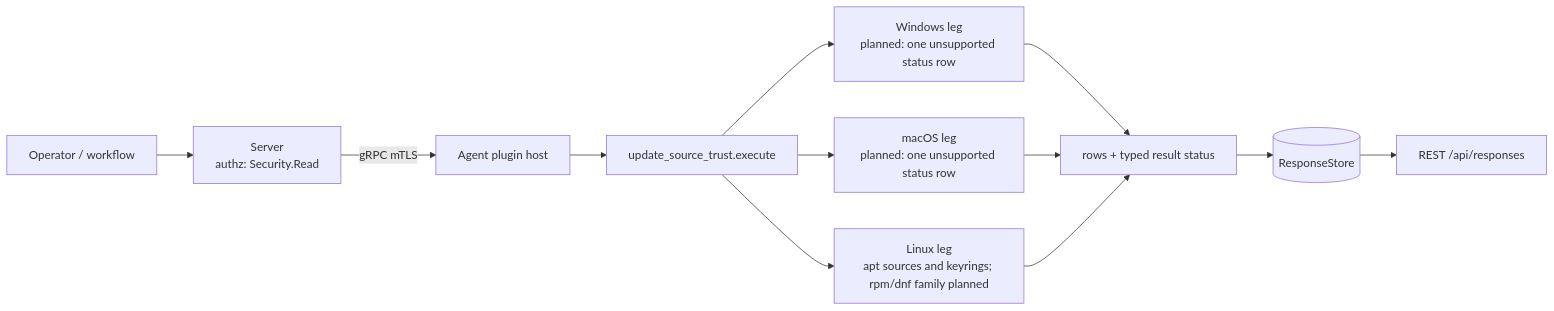
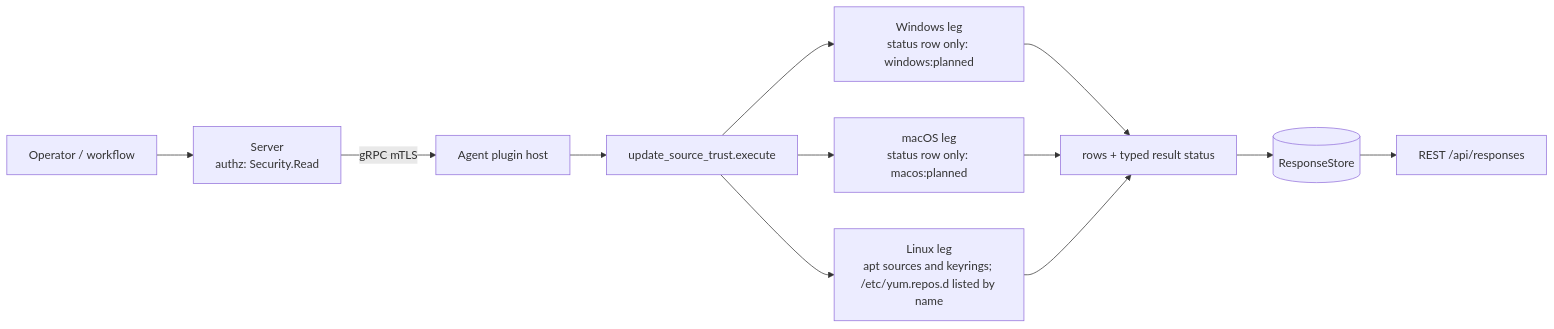
Before and after one commit to DevNullLtd/Yuzu: the diagram in agents/plugins/update_source_trust/README.md, drawn with Mermaid. The commit also changed other lines of this file and 4 other files, not shown here.

````diff
--- a/agents/plugins/update_source_trust/README.md
+++ b/agents/plugins/update_source_trust/README.md
@@ -21,9 +21,9 @@
 ```mermaid
 flowchart LR
   OP[Operator / workflow] --> SRV[Server<br/>authz: Security.Read]
   SRV -- gRPC mTLS --> HOST[Agent plugin host] --> EX[update_source_trust.execute]
-  EX --> WIN[Windows leg<br/>planned: one unsupported status row]
-  EX --> MAC[macOS leg<br/>planned: one unsupported status row]
-  EX --> LIN[Linux leg<br/>apt sources and keyrings; rpm/dnf family planned]
+  EX --> WIN[Windows leg<br/>status row only: windows:planned]
+  EX --> MAC[macOS leg<br/>status row only: macos:planned]
+  EX --> LIN[Linux leg<br/>apt sources and keyrings; /etc/yum.repos.d listed by name]
   WIN & MAC & LIN --> ROWS[rows + typed result status] --> RS[(ResponseStore)] --> API[REST /api/responses]
 ```
````
